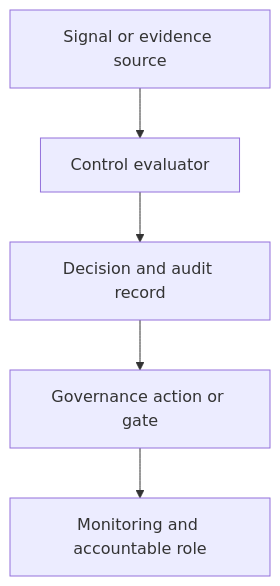
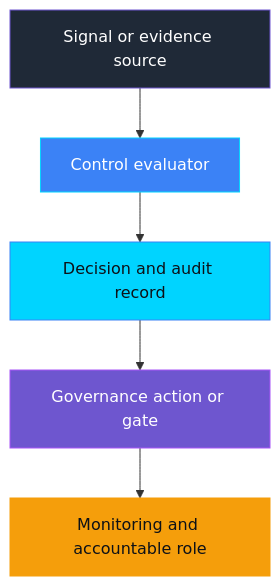
One commit to doruit/forged-with-foundry changed the second of 2 diagrams in controls/value/VAL-PORT-004_high_usage_low_value_agent/README.md. Above: the diagram before and after it, drawn with Mermaid. The commit also changed other lines of this file and 167 other files, not shown here.

````diff
--- a/controls/value/VAL-PORT-004_high_usage_low_value_agent/README.md
+++ b/controls/value/VAL-PORT-004_high_usage_low_value_agent/README.md
@@ -48,7 +61,18 @@
 ```mermaid
 flowchart TB
     S[Signal or evidence source] --> C[Control evaluator]
     C --> R[Decision and audit record]
     R --> G[Governance action or gate]
     G --> M[Monitoring and accountable role]
+
+    classDef governance fill:#6E56CF,stroke:#A855F7,color:#FFFFFF
+    classDef platform fill:#3B82F6,stroke:#00D4FF,color:#FFFFFF
+    classDef evidence fill:#00D4FF,stroke:#3B82F6,color:#0D1117
+    classDef neutral fill:#1F2937,stroke:#6E56CF,color:#FFFFFF
+    classDef attention fill:#F59E0B,stroke:#F59E0B,color:#0D1117
+    class S neutral
+    class C platform
+    class R evidence
+    class G governance
+    class M attention
 ```
````
